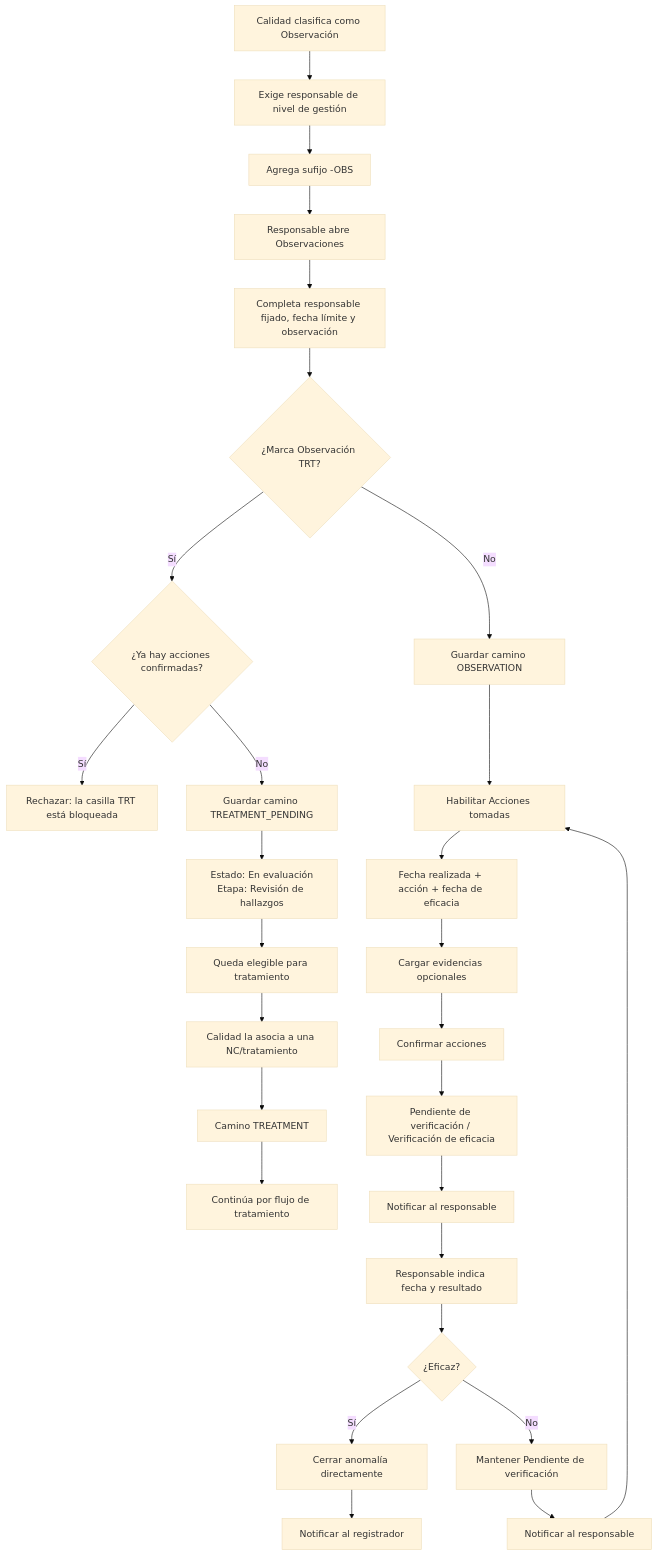
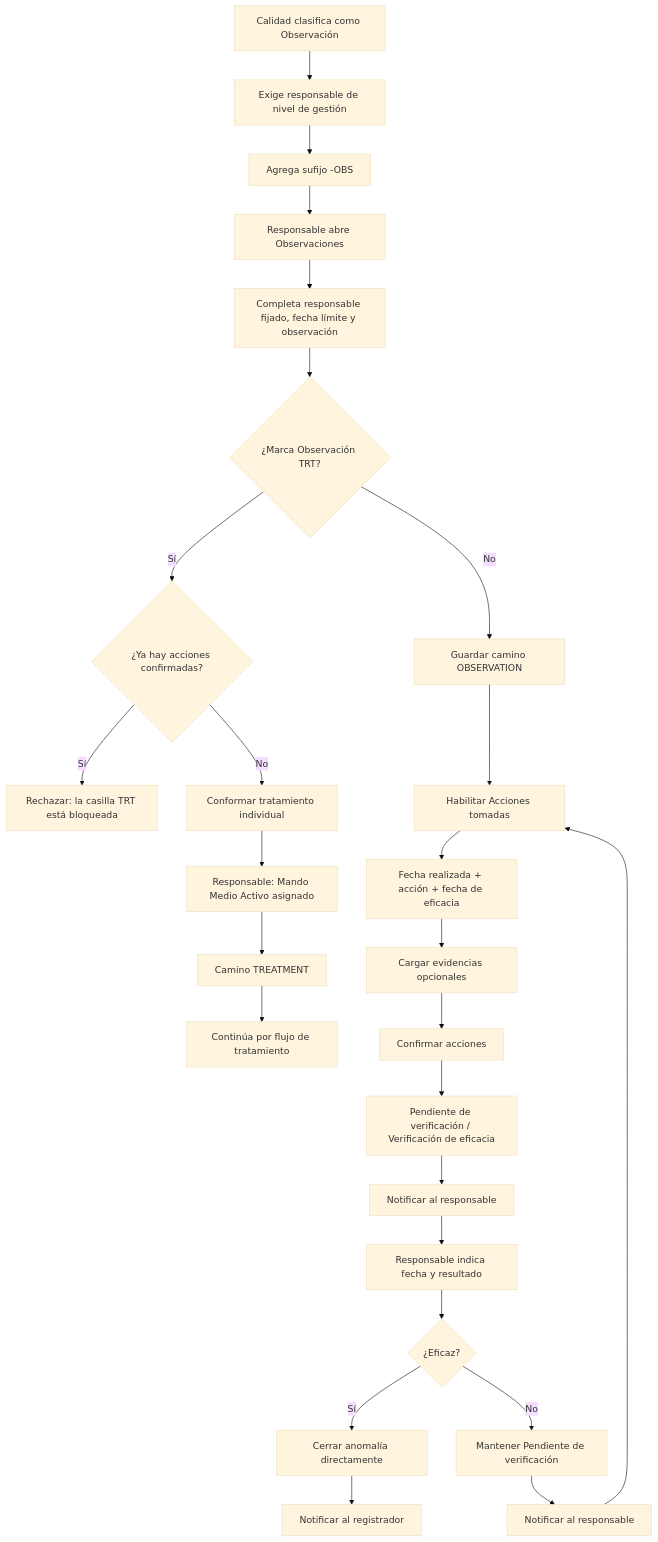
The second of 7 diagrams in docs/FLUJOS_SISTEMA.md (marcelovisintin/calidad-platform), drawn with Mermaid (base theme) before and after one commit. The commit also changed other lines of this file and 44 other files, not shown here.

````diff
--- a/docs/FLUJOS_SISTEMA.md
+++ b/docs/FLUJOS_SISTEMA.md
@@ -73,32 +73,30 @@
 ```mermaid
 flowchart TD
     A[Calidad clasifica como Observación] --> B[Exige responsable de nivel de gestión]
     B --> C[Agrega sufijo -OBS]
     C --> D[Responsable abre Observaciones]
     D --> E[Completa responsable fijado, fecha límite y observación]
     E --> F{¿Marca Observación TRT?}
 
     F -- Sí --> G{¿Ya hay acciones confirmadas?}
     G -- Sí --> H[Rechazar: la casilla TRT está bloqueada]
-    G -- No --> I[Guardar camino TREATMENT_PENDING]
-    I --> J[Estado: En evaluación<br/>Etapa: Revisión de hallazgos]
-    J --> K[Queda elegible para tratamiento]
-    K --> L[Calidad la asocia a una NC/tratamiento]
-    L --> M[Camino TREATMENT]
+    G -- No --> I[Conformar tratamiento individual]
+    I --> J[Responsable: Mando Medio Activo asignado]
+    J --> M[Camino TREATMENT]
     M --> N[Continúa por flujo de tratamiento]
 
     F -- No --> O[Guardar camino OBSERVATION]
     O --> P[Habilitar Acciones tomadas]
     P --> Q[Fecha realizada + acción + fecha de eficacia]
     Q --> R[Cargar evidencias opcionales]
     R --> S[Confirmar acciones]
     S --> T[Pendiente de verificación / Verificación de eficacia]
     T --> U[Notificar al responsable]
     U --> V[Responsable indica fecha y resultado]
     V --> W{¿Eficaz?}
     W -- Sí --> X[Cerrar anomalía directamente]
     X --> Y[Notificar al registrador]
     W -- No --> Z[Mantener Pendiente de verificación]
     Z --> AA[Notificar al responsable]
     AA --> P
 ```
````
